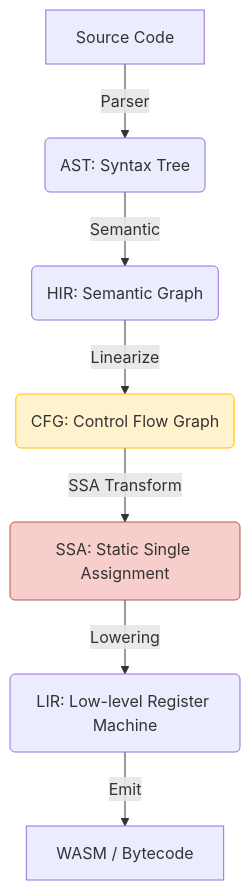
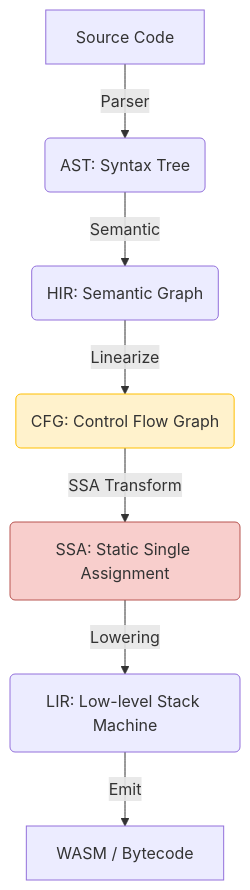
The diagram in documentation/en-us/maintenance/project-architecture.md (nyar-vm/nyar-vm), drawn with Mermaid before and after one commit. The commit also changed other lines of this file and 30 other files, not shown here.

````diff
--- a/documentation/en-us/maintenance/project-architecture.md
+++ b/documentation/en-us/maintenance/project-architecture.md
@@ -14,12 +14,12 @@
 ```mermaid
 graph TD
     A[Source Code] -->|Parser| B(AST: Syntax Tree);
     B -->|Semantic| C(HIR: Semantic Graph);
     C -->|Linearize| D(CFG: Control Flow Graph);
     D -->|SSA Transform| E(SSA: Static Single Assignment);
-    E -->|Lowering| F(LIR: Low-level Register Machine);
+    E -->|Lowering| F(LIR: Low-level Stack Machine);
     F -->|Emit| G[WASM / Bytecode];
 
     style D fill:#fff2cc,stroke:#ffbf00
     style E fill:#f8cecc,stroke:#b85450
 ```
````
